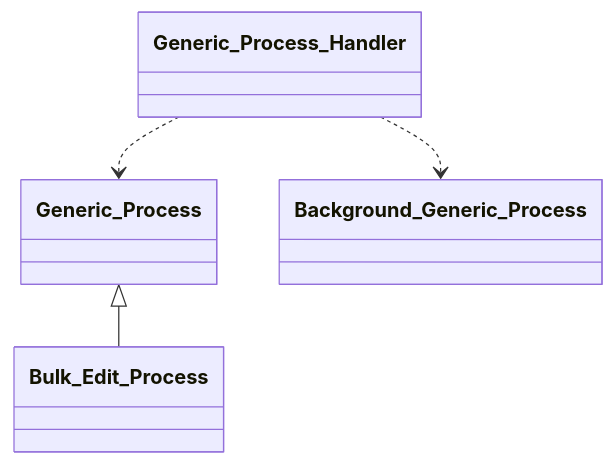
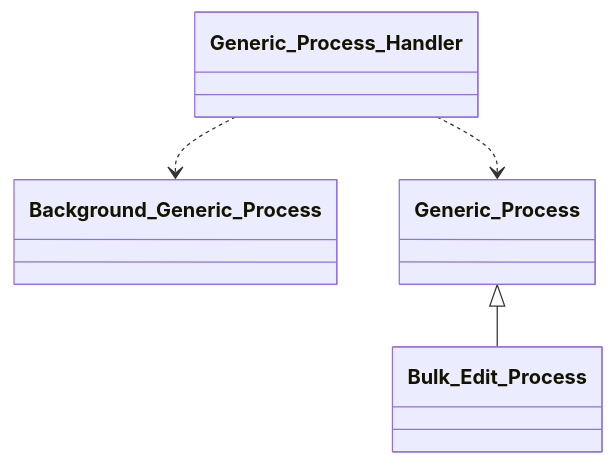
The seventh of 13 diagrams in docs/phpdoc/Home.md (tainacan/tainacan), drawn with Mermaid before and after one commit. The commit also changed other lines of this file and 98 other files, not shown here.

````diff
--- a/docs/phpdoc/Home.md
+++ b/docs/phpdoc/Home.md
@@ -533,11 +527,11 @@
 ```mermaid
 classDiagram
     direction TB
     class Bulk_Edit_Process { }
     class Generic_Process_Handler { }
+    class Background_Generic_Process { }
     class Generic_Process { }
-    class Background_Generic_Process { }
     Generic_Process <|-- Bulk_Edit_Process
     Generic_Process_Handler ..> Background_Generic_Process
     Generic_Process_Handler ..> Generic_Process
 ```
````
